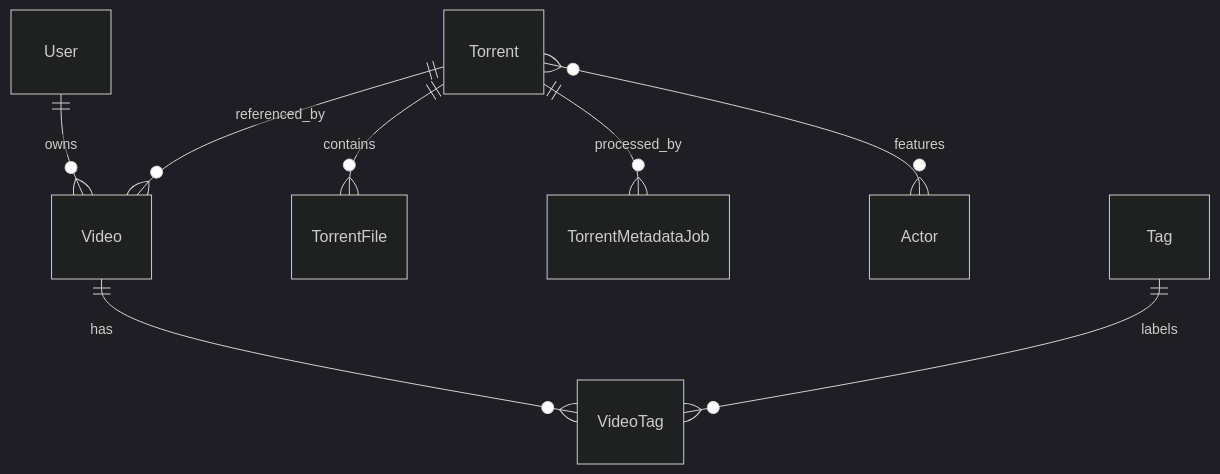
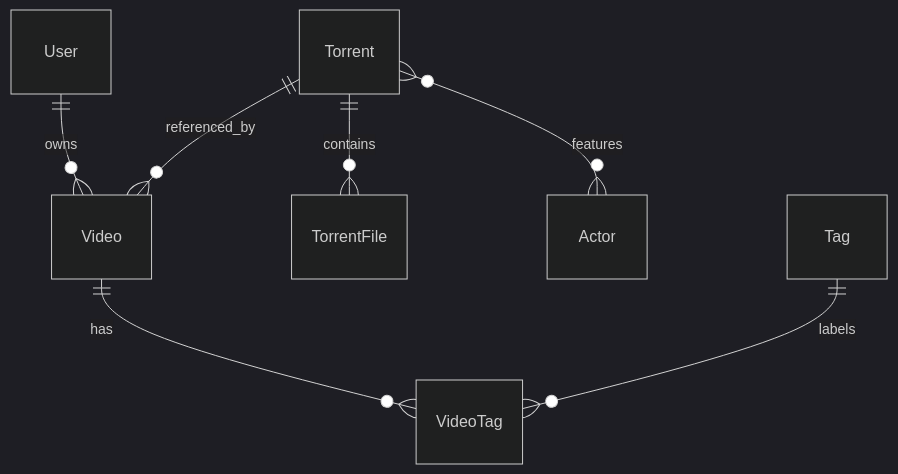
One commit to Co2Link/MyMediaVault changed the diagram in docs/data-model.md. Above: the diagram before and after it, drawn with Mermaid (dark theme). The commit also changed other lines of this file and 53 other files, not shown here.

````diff
--- a/docs/data-model.md
+++ b/docs/data-model.md
@@ -8,10 +8,9 @@
 ```mermaid
 erDiagram
   User ||--o{ Video : owns
   Torrent ||--o{ Video : referenced_by
   Torrent ||--o{ TorrentFile : contains
-  Torrent ||--o{ TorrentMetadataJob : processed_by
   Torrent }o--o{ Actor : features
   Video ||--o{ VideoTag : has
   Tag ||--o{ VideoTag : labels
 ```
````
